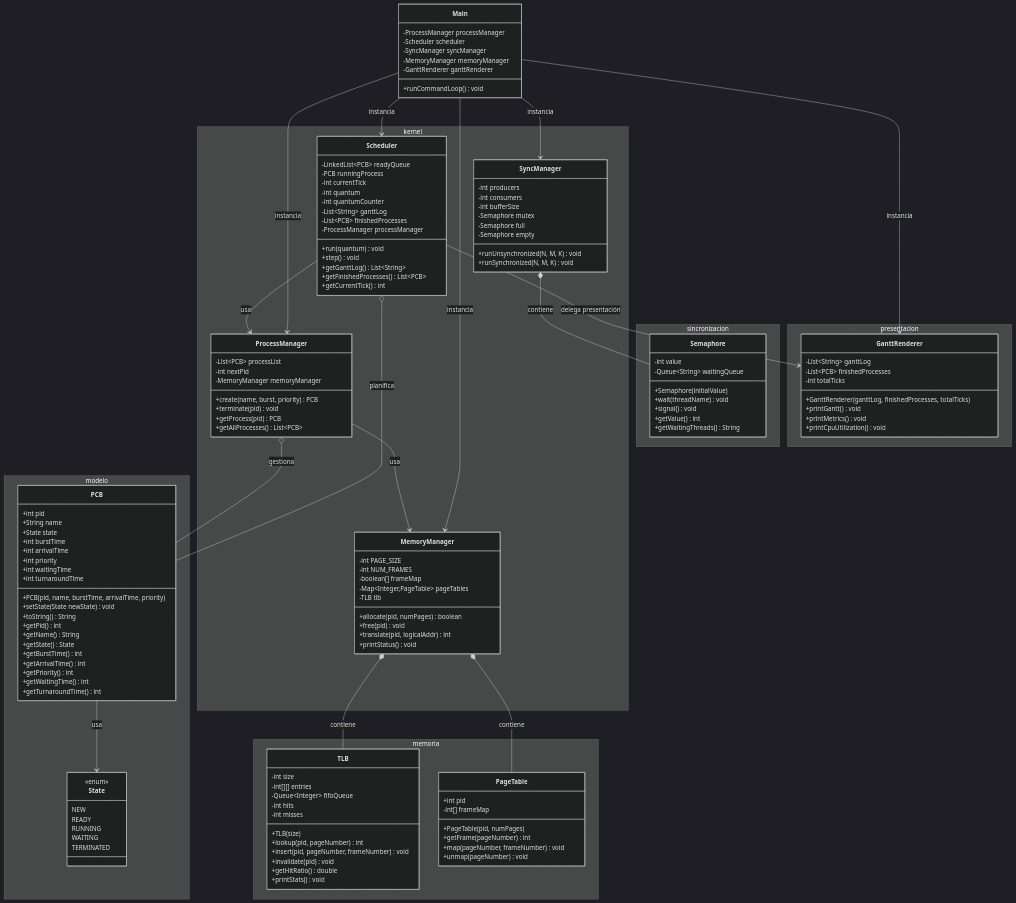
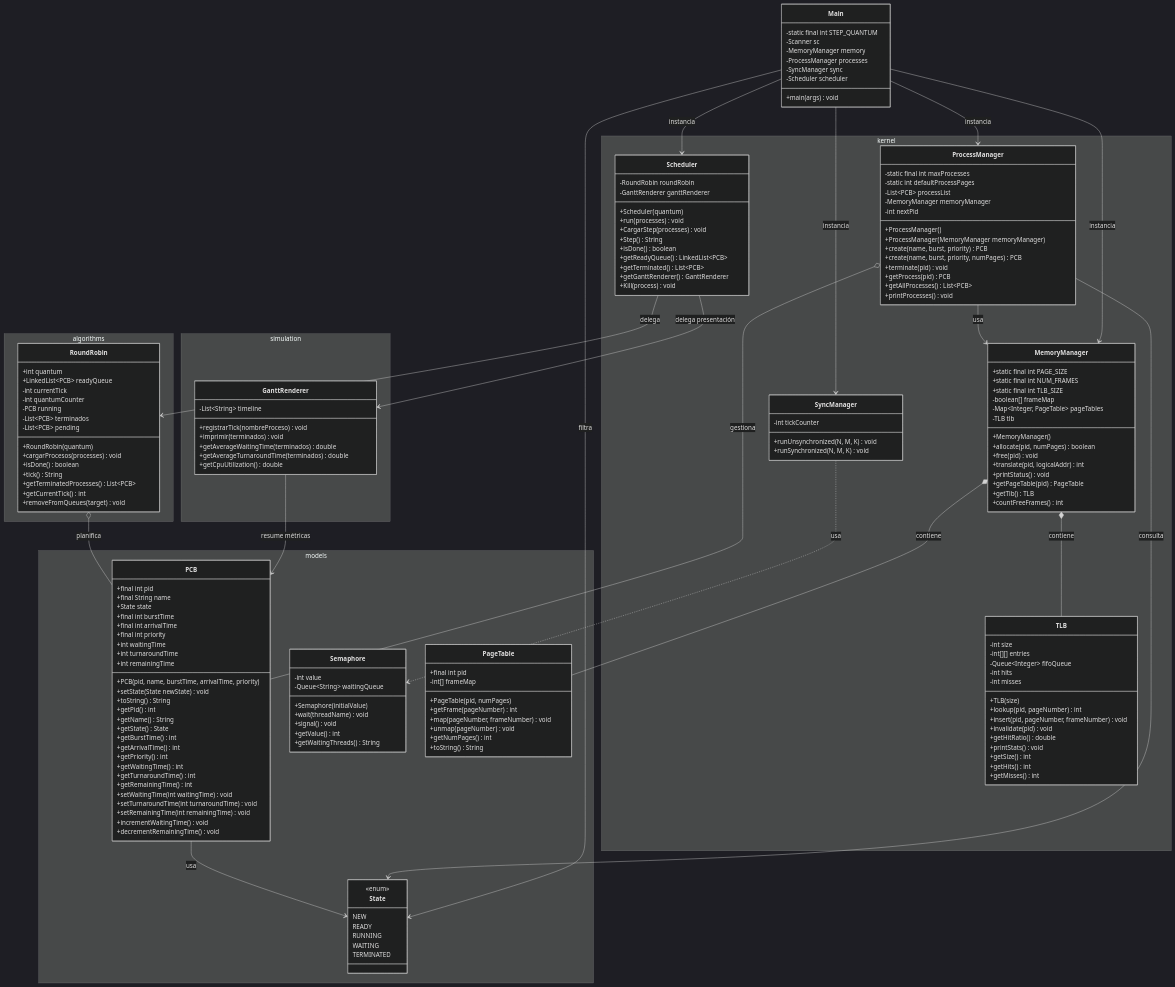
One commit to CedricMrtz/microkernel changed the diagram in README.md. Above: the diagram before and after it, drawn with Mermaid (dark theme).

Commit message:
docs(uml): updated class diagram accordingly

````diff
--- a/README.md
+++ b/README.md
@@ -7,7 +7,7 @@
 classDiagram
   direction TB
 
-  namespace modelo {
+  namespace models {
     class State {
       <<enum>>
       NEW
@@ -18,14 +18,15 @@
     }
 
     class PCB {
-      +int pid
-      +String name
+      +final int pid
+      +final String name
       +State state
-      +int burstTime
-      +int arrivalTime
-      +int priority
+      +final int burstTime
+      +final int arrivalTime
+      +final int priority
       +int waitingTime
       +int turnaroundTime
+      +int remainingTime
       +PCB(pid, name, burstTime, arrivalTime, priority)
       +setState(State newState) void
       +toString() String
@@ -37,61 +38,14 @@
       +getPriority() int
       +getWaitingTime() int
       +getTurnaroundTime() int
-    }
-  }
-
-  namespace kernel {
-    class ProcessManager {
-      -List~PCB~ processList
-      -int nextPid
-      -MemoryManager memoryManager
-      +create(name, burst, priority) PCB
-      +terminate(pid) void
-      +getProcess(pid) PCB
-      +getAllProcesses() List~PCB~
+      +getRemainingTime() int
+      +setWaitingTime(int waitingTime) void
+      +setTurnaroundTime(int turnaroundTime) void
+      +setRemainingTime(int remainingTime) void
+      +incrementWaitingTime() void
+      +decrementRemainingTime() void
     }
 
-    class Scheduler {
-      -LinkedList~PCB~ readyQueue
-      -PCB runningProcess
-      -int currentTick
-      -int quantum
-      -int quantumCounter
-      -List~String~ ganttLog
-      -List~PCB~ finishedProcesses
-      -ProcessManager processManager
-      +run(quantum) void
-      +step() void
-      +getGanttLog() List~String~
-      +getFinishedProcesses() List~PCB~
-      +getCurrentTick() int
-    }
-
-    class SyncManager {
-      -int producers
-      -int consumers
-      -int bufferSize
-      -Semaphore mutex
-      -Semaphore full
-      -Semaphore empty
-      +runUnsynchronized(N, M, K) void
-      +runSynchronized(N, M, K) void
-    }
-
-    class MemoryManager {
-      -int PAGE_SIZE
-      -int NUM_FRAMES
-      -boolean[] frameMap
-      -Map~Integer,PageTable~ pageTables
-      -TLB tlb
-      +allocate(pid, numPages) boolean
-      +free(pid) void
-      +translate(pid, logicalAddr) int
-      +printStatus() void
-    }
-  }
-
-  namespace sincronizacion {
     class Semaphore {
       -int value
       -Queue~String~ waitingQueue
@@ -101,9 +55,73 @@
       +getValue() int
       +getWaitingThreads() String
     }
+
+    class PageTable {
+      +final int pid
+      -int[] frameMap
+      +PageTable(pid, numPages)
+      +getFrame(pageNumber) int
+      +map(pageNumber, frameNumber) void
+      +unmap(pageNumber) void
+      +getNumPages() int
+      +toString() String
+    }
   }
 
-  namespace memoria {
+  namespace kernel {
+    class ProcessManager {
+      -static final int maxProcesses
+      -static int defaultProcessPages
+      -List~PCB~ processList
+      -MemoryManager memoryManager
+      -int nextPid
+      +ProcessManager()
+      +ProcessManager(MemoryManager memoryManager)
+      +create(name, burst, priority) PCB
+      +create(name, burst, priority, numPages) PCB
+      +terminate(pid) void
+      +getProcess(pid) PCB
+      +getAllProcesses() List~PCB~
+      +printProcesses() void
+    }
+
+    class Scheduler {
+      -RoundRobin roundRobin
+      -GanttRenderer ganttRenderer
+      +Scheduler(quantum)
+      +run(processes) void
+      +CargarStep(processes) void
+      +Step() String
+      +isDone() boolean
+      +getReadyQueue() LinkedList~PCB~
+      +getTerminated() List~PCB~
+      +getGanttRenderer() GanttRenderer
+      +Kill(process) void
+    }
+
+    class SyncManager {
+      -int tickCounter
+      +runUnsynchronized(N, M, K) void
+      +runSynchronized(N, M, K) void
+    }
+
+    class MemoryManager {
+      +static final int PAGE_SIZE
+      +static final int NUM_FRAMES
+      +static final int TLB_SIZE
+      -boolean[] frameMap
+      -Map~Integer, PageTable~ pageTables
+      -TLB tlb
+      +MemoryManager()
+      +allocate(pid, numPages) boolean
+      +free(pid) void
+      +translate(pid, logicalAddr) int
+      +printStatus() void
+      +getPageTable(pid) PageTable
+      +getTlb() TLB
+      +countFreeFrames() int
+    }
+
     class TLB {
       -int size
       -int[][] entries
@@ -116,58 +134,73 @@
       +invalidate(pid) void
       +getHitRatio() double
       +printStats() void
-    }
-
-    class PageTable {
-      +int pid
-      -int[] frameMap
-      +PageTable(pid, numPages)
-      +getFrame(pageNumber) int
-      +map(pageNumber, frameNumber) void
-      +unmap(pageNumber) void
+      +getSize() int
+      +getHits() int
+      +getMisses() int
     }
   }
 
-  namespace presentacion {
+  namespace algorithms {
+    class RoundRobin {
+      +int quantum
+      +LinkedList~PCB~ readyQueue
+      -int currentTick
+      -int quantumCounter
+      -PCB running
+      -List~PCB~ terminados
+      -List~PCB~ pending
+      +RoundRobin(quantum)
+      +cargarProcesos(processes) void
+      +isDone() boolean
+      +tick() String
+      +getTerminatedProcesses() List~PCB~
+      +getCurrentTick() int
+      +removeFromQueues(target) void
+    }
+  }
+
+  namespace simulation {
     class GanttRenderer {
-      -List~String~ ganttLog
-      -List~PCB~ finishedProcesses
-      -int totalTicks
-      +GanttRenderer(ganttLog, finishedProcesses, totalTicks)
-      +printGantt() void
-      +printMetrics() void
-      +printCpuUtilization() void
+      -List~String~ timeline
+      +registrarTick(nombreProceso) void
+      +imprimir(terminados) void
+      +getAverageWaitingTime(terminados) double
+      +getAverageTurnaroundTime(terminados) double
+      +getCpuUtilization() double
     }
   }
 
   class Main {
-    -ProcessManager processManager
+    -static final int STEP_QUANTUM
+    -Scanner sc
+    -MemoryManager memory
+    -ProcessManager processes
+    -SyncManager sync
     -Scheduler scheduler
-    -SyncManager syncManager
-    -MemoryManager memoryManager
-    -GanttRenderer ganttRenderer
-    +runCommandLoop() void
+    +main(args) void
   }
 
-  %% ── Relaciones modelo ──
+  %% Relaciones models ──
   PCB --> State : usa
 
-  %% ── Relaciones kernel ──
+  %% Relaciones kernel ──
   ProcessManager o-- PCB : gestiona
   ProcessManager --> MemoryManager : usa
-  Scheduler o-- PCB : planifica
-  Scheduler --> ProcessManager : usa
+  ProcessManager --> State : consulta
+  Scheduler --> RoundRobin : delega
   Scheduler --> GanttRenderer : delega presentación
-  SyncManager *-- Semaphore : contiene
+  RoundRobin o-- PCB : planifica
+  SyncManager ..> Semaphore : usa
+  MemoryManager *-- TLB : contiene
+  MemoryManager *-- PageTable : contiene
 
-  %% ── Relaciones memoria ──
-  MemoryManager  *--  TLB : contiene
-  MemoryManager  *--  PageTable : contiene
+  %% Relaciones simulation ──
+  GanttRenderer --> PCB : resume métricas
 
-  %% ── Relaciones Main ──
+  %% Relaciones Main ──
   Main --> ProcessManager : instancia
   Main --> Scheduler : instancia
   Main --> SyncManager : instancia
   Main --> MemoryManager : instancia
-  Main --> GanttRenderer : instancia
+  Main --> State : filtra
 ```
````
